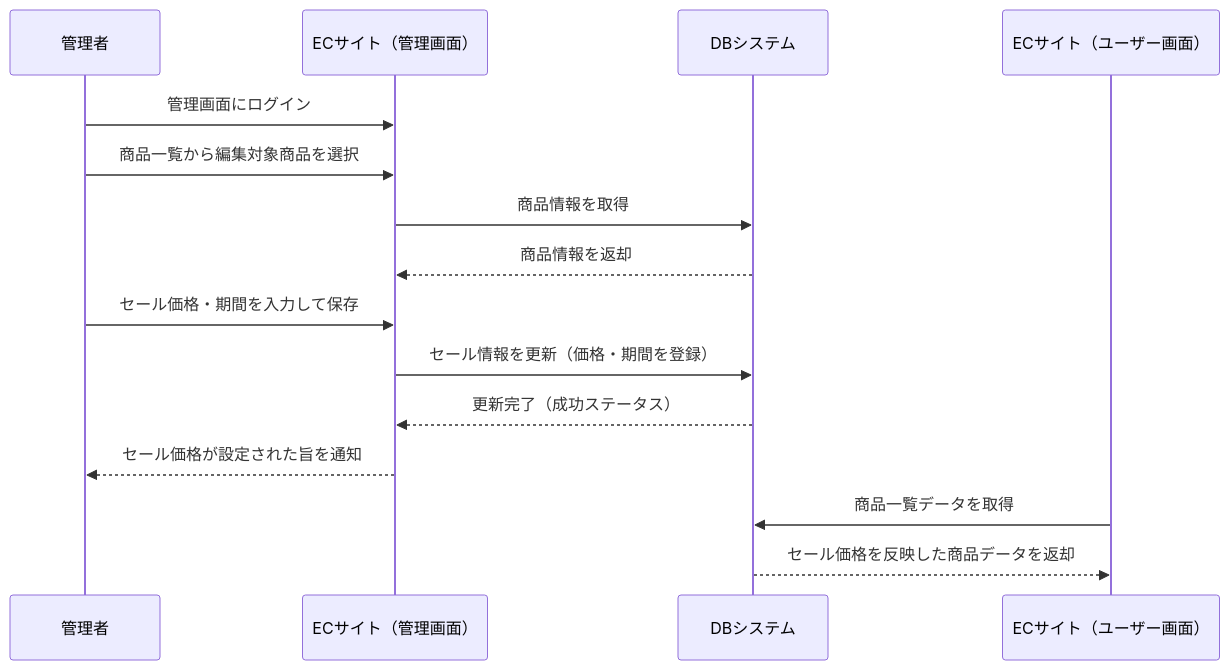
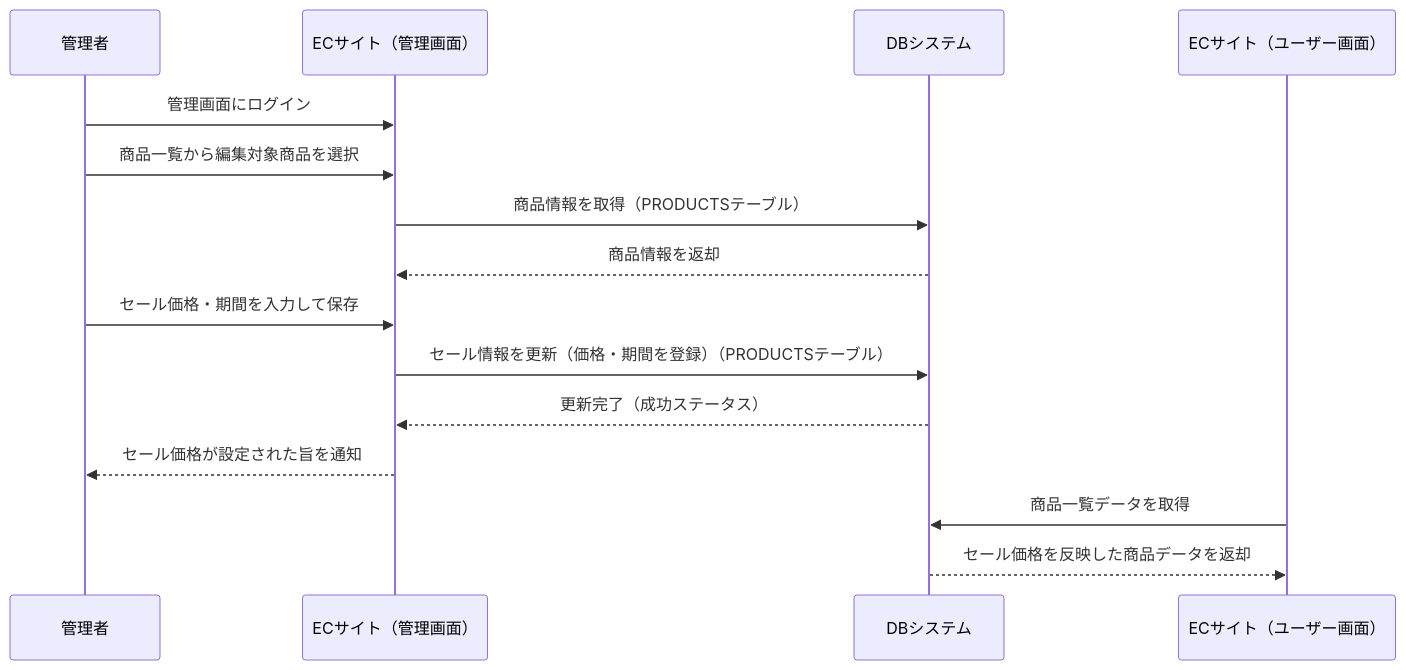
The third of 3 diagrams in 基本設計/3. 機能構成図.md (Aoi-Yaegashi/teamF), drawn with Mermaid before and after one commit.

Commit message:
主要機能フロー微修正

````diff
--- a/基本設計/3. 機能構成図.md
+++ b/基本設計/3. 機能構成図.md
@@ -155,23 +155,23 @@
 ```mermaid
 
 sequenceDiagram
   participant A as 管理者
   participant B as ECサイト（管理画面）
   participant C as DBシステム
   participant D as ECサイト（ユーザー画面）
 
   A ->> B: 管理画面にログイン
   A ->> B: 商品一覧から編集対象商品を選択
-  B ->> C: 商品情報を取得
+  B ->> C: 商品情報を取得（PRODUCTSテーブル）
   C -->> B: 商品情報を返却
 
   A ->> B: セール価格・期間を入力して保存
-  B ->> C: セール情報を更新（価格・期間を登録）
+  B ->> C: セール情報を更新（価格・期間を登録）（PRODUCTSテーブル）
   C -->> B: 更新完了（成功ステータス）
 
   B -->> A: セール価格が設定された旨を通知
 
   D ->> C: 商品一覧データを取得
   C -->> D: セール価格を反映した商品データを返却
 
 ```
````
